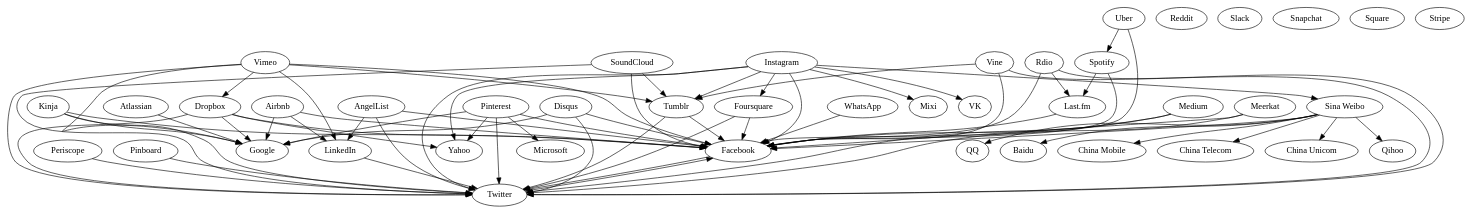
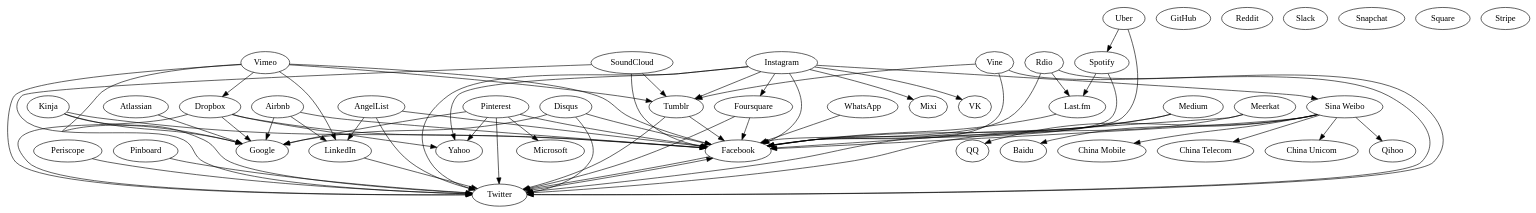
One commit to 0x00b1/permission changed the diagram in permission.dot. Above: the diagram before and after it, drawn with Graphviz. The commit also changed 1 other file, not shown here.

```diff
--- a/permission.dot
+++ b/permission.dot
@@ -1,81 +1,82 @@
 digraph G {
   overlap=false
   splines=true
 
   "Airbnb"      -> "Facebook";
   "Airbnb"      -> "Google";
   "Airbnb"      -> "LinkedIn";
   "AngelList"   -> "Facebook";
   "AngelList"   -> "LinkedIn";
   "AngelList"   -> "Twitter";
   "Atlassian"   -> "Google";
   "Disqus"      -> "Facebook";
   "Disqus"      -> "Google";
   "Disqus"      -> "Twitter";
   "Dropbox"     -> "Facebook";
   "Dropbox"     -> "Google";
   "Dropbox"     -> "Twitter";
   "Dropbox"     -> "Yahoo";
   "Facebook"    -> "Twitter"
   "Foursquare"  -> "Facebook";
   "Foursquare"  -> "Twitter";
+  "GitHub";
   "Instagram"   -> "Facebook";
   "Instagram"   -> "Foursquare";
   "Instagram"   -> "Mixi";
   "Instagram"   -> "Sina Weibo";
   "Instagram"   -> "Tumblr";
   "Instagram"   -> "Twitter";
   "Instagram"   -> "VK";
   "Instagram"   -> "Yahoo";
   "Kinja"       -> "Facebook";
   "Kinja"       -> "Google";
   "Kinja"       -> "Twitter";
   "Last.fm"     -> "Facebook"
   "LinkedIn"    -> "Twitter";
   "Medium"      -> "Facebook";
   "Medium"      -> "Twitter";
   "Meerkat"     -> "Facebook";
   "Meerkat"     -> "Twitter";
   "Periscope"   -> "Twitter";
   "Pinboard"    -> "Twitter";
   "Pinterest"   -> "Facebook";
   "Pinterest"   -> "Google";
   "Pinterest"   -> "Microsoft";
   "Pinterest"   -> "Twitter";
   "Pinterest"   -> "Yahoo";
   "Rdio"        -> "Facebook";
   "Rdio"        -> "Last.fm";
   "Rdio"        -> "Twitter";
   "Reddit";
   "Sina Weibo"  -> "Baidu";
   "Sina Weibo"  -> "China Mobile";
   "Sina Weibo"  -> "China Telecom";
   "Sina Weibo"  -> "China Unicom";
   "Sina Weibo"  -> "Facebook";
   "Sina Weibo"  -> "Qihoo";
   "Sina Weibo"  -> "QQ";
   "Slack";
   "Snapchat";
   "SoundCloud"  -> "Facebook";
   "SoundCloud"  -> "Tumblr";
   "SoundCloud"  -> "Twitter";
   "Spotify"     -> "Facebook";
   "Spotify"     -> "Last.fm";
   "Square";
   "Stripe";
   "Tumblr"      -> "Facebook";
   "Tumblr"      -> "Twitter";
   "Twitter"     -> "Facebook";
   "Uber"        -> "Facebook";
   "Uber"        -> "Spotify";
   "Vimeo"       -> "Dropbox";
   "Vimeo"       -> "Facebook";
   "Vimeo"       -> "Google";
   "Vimeo"       -> "LinkedIn";
   "Vimeo"       -> "Tumblr";
   "Vimeo"       -> "Twitter";
   "Vine"        -> "Facebook";
   "Vine"        -> "Tumblr";
   "Vine"        -> "Twitter";
   "WhatsApp"    -> "Facebook";
 }
```
